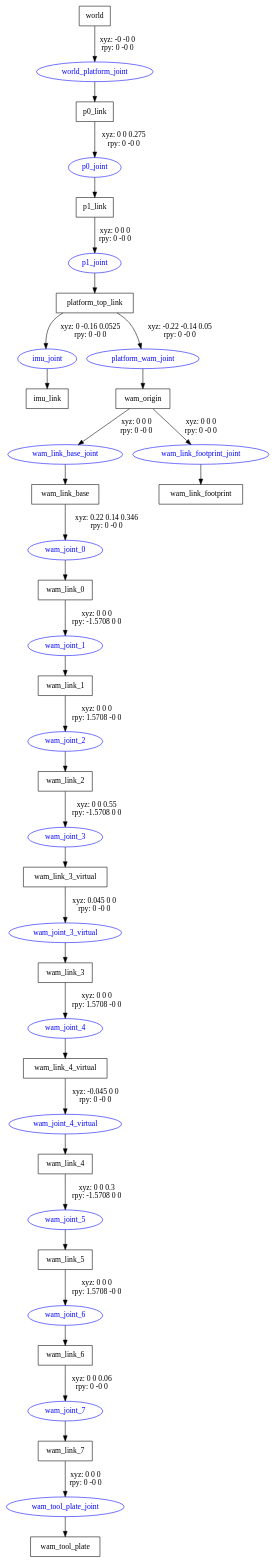
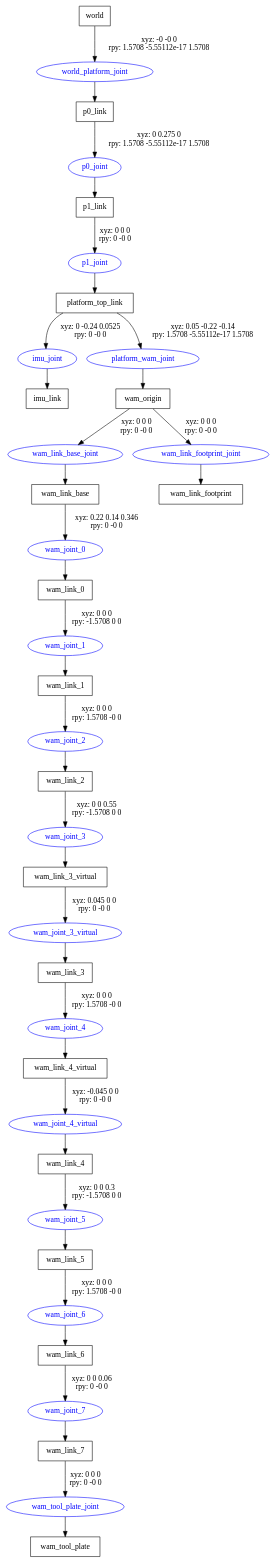
One commit to oliverzila/platform changed the diagram in platform_description/xacro/wam.gv. Above: the diagram before and after it, drawn with Graphviz. The commit also changed 6 other files, not shown here.

```diff
--- a/platform_description/xacro/wam.gv
+++ b/platform_description/xacro/wam.gv
@@ -1,59 +1,59 @@
 digraph G {
 node [shape=box];
 "world" [label="world"];
 "p0_link" [label="p0_link"];
 "p1_link" [label="p1_link"];
 "platform_top_link" [label="platform_top_link"];
 "imu_link" [label="imu_link"];
 "wam_origin" [label="wam_origin"];
 "wam_link_base" [label="wam_link_base"];
 "wam_link_0" [label="wam_link_0"];
 "wam_link_1" [label="wam_link_1"];
 "wam_link_2" [label="wam_link_2"];
 "wam_link_3_virtual" [label="wam_link_3_virtual"];
 "wam_link_3" [label="wam_link_3"];
 "wam_link_4_virtual" [label="wam_link_4_virtual"];
 "wam_link_4" [label="wam_link_4"];
 "wam_link_5" [label="wam_link_5"];
 "wam_link_6" [label="wam_link_6"];
 "wam_link_7" [label="wam_link_7"];
 "wam_tool_plate" [label="wam_tool_plate"];
 "wam_link_footprint" [label="wam_link_footprint"];
 node [shape=ellipse, color=blue, fontcolor=blue];
-"world" -> "world_platform_joint" [label="xyz: -0 -0 0 \nrpy: 0 -0 0"]
+"world" -> "world_platform_joint" [label="xyz: -0 -0 0 \nrpy: 1.5708 -5.55112e-17 1.5708"]
 "world_platform_joint" -> "p0_link"
-"p0_link" -> "p0_joint" [label="xyz: 0 0 0.275 \nrpy: 0 -0 0"]
+"p0_link" -> "p0_joint" [label="xyz: 0 0.275 0 \nrpy: 1.5708 -5.55112e-17 1.5708"]
 "p0_joint" -> "p1_link"
 "p1_link" -> "p1_joint" [label="xyz: 0 0 0 \nrpy: 0 -0 0"]
 "p1_joint" -> "platform_top_link"
-"platform_top_link" -> "imu_joint" [label="xyz: 0 -0.16 0.0525 \nrpy: 0 -0 0"]
+"platform_top_link" -> "imu_joint" [label="xyz: 0 -0.24 0.0525 \nrpy: 0 -0 0"]
 "imu_joint" -> "imu_link"
-"platform_top_link" -> "platform_wam_joint" [label="xyz: -0.22 -0.14 0.05 \nrpy: 0 -0 0"]
+"platform_top_link" -> "platform_wam_joint" [label="xyz: 0.05 -0.22 -0.14 \nrpy: 1.5708 -5.55112e-17 1.5708"]
 "platform_wam_joint" -> "wam_origin"
 "wam_origin" -> "wam_link_base_joint" [label="xyz: 0 0 0 \nrpy: 0 -0 0"]
 "wam_link_base_joint" -> "wam_link_base"
 "wam_link_base" -> "wam_joint_0" [label="xyz: 0.22 0.14 0.346 \nrpy: 0 -0 0"]
 "wam_joint_0" -> "wam_link_0"
 "wam_link_0" -> "wam_joint_1" [label="xyz: 0 0 0 \nrpy: -1.5708 0 0"]
 "wam_joint_1" -> "wam_link_1"
 "wam_link_1" -> "wam_joint_2" [label="xyz: 0 0 0 \nrpy: 1.5708 -0 0"]
 "wam_joint_2" -> "wam_link_2"
 "wam_link_2" -> "wam_joint_3" [label="xyz: 0 0 0.55 \nrpy: -1.5708 0 0"]
 "wam_joint_3" -> "wam_link_3_virtual"
 "wam_link_3_virtual" -> "wam_joint_3_virtual" [label="xyz: 0.045 0 0 \nrpy: 0 -0 0"]
 "wam_joint_3_virtual" -> "wam_link_3"
 "wam_link_3" -> "wam_joint_4" [label="xyz: 0 0 0 \nrpy: 1.5708 -0 0"]
 "wam_joint_4" -> "wam_link_4_virtual"
 "wam_link_4_virtual" -> "wam_joint_4_virtual" [label="xyz: -0.045 0 0 \nrpy: 0 -0 0"]
 "wam_joint_4_virtual" -> "wam_link_4"
 "wam_link_4" -> "wam_joint_5" [label="xyz: 0 0 0.3 \nrpy: -1.5708 0 0"]
 "wam_joint_5" -> "wam_link_5"
 "wam_link_5" -> "wam_joint_6" [label="xyz: 0 0 0 \nrpy: 1.5708 -0 0"]
 "wam_joint_6" -> "wam_link_6"
 "wam_link_6" -> "wam_joint_7" [label="xyz: 0 0 0.06 \nrpy: 0 -0 0"]
 "wam_joint_7" -> "wam_link_7"
 "wam_link_7" -> "wam_tool_plate_joint" [label="xyz: 0 0 0 \nrpy: 0 -0 0"]
 "wam_tool_plate_joint" -> "wam_tool_plate"
 "wam_origin" -> "wam_link_footprint_joint" [label="xyz: 0 0 0 \nrpy: 0 -0 0"]
 "wam_link_footprint_joint" -> "wam_link_footprint"
 }
```
